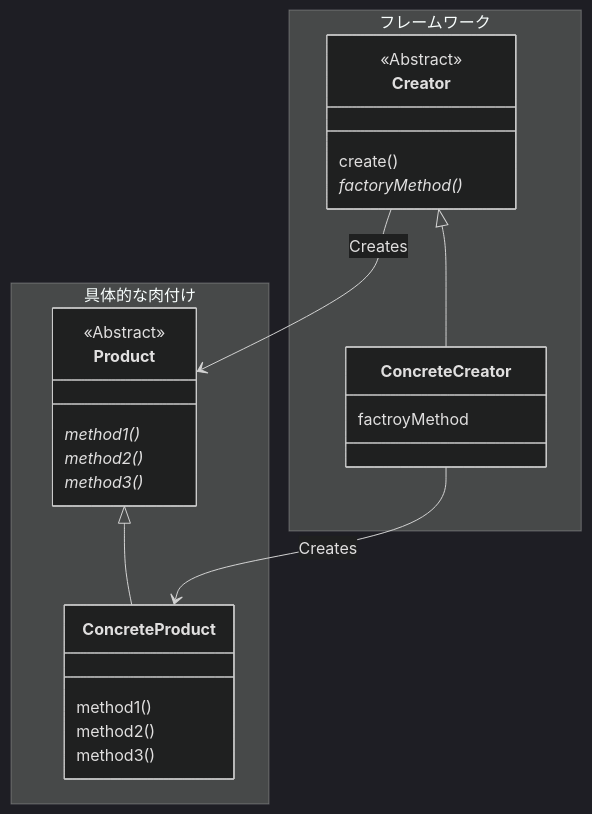
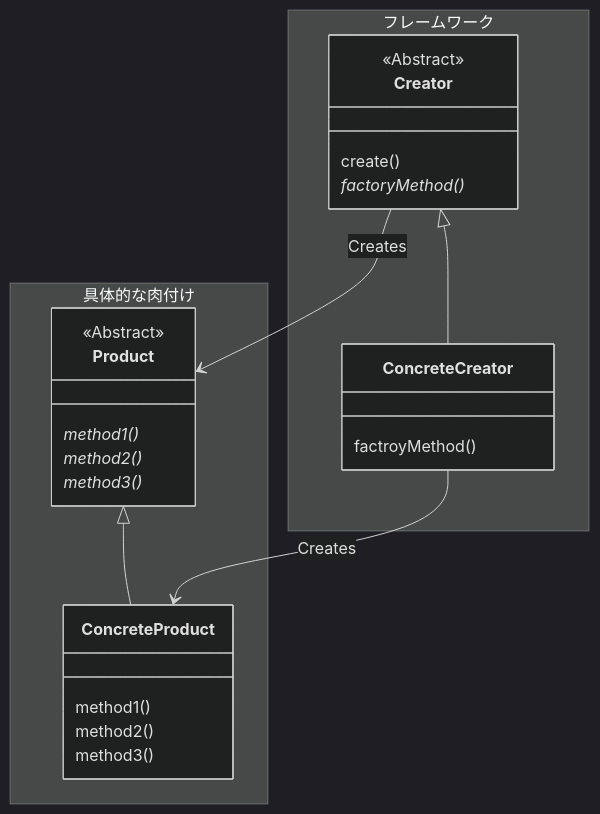
The diagram in programming/ood/design-patterns/factory-method.md (nonsugar-go/study), drawn with Mermaid (dark theme) before and after one commit.

````diff
--- a/programming/ood/design-patterns/factory-method.md
+++ b/programming/ood/design-patterns/factory-method.md
@@ -2,30 +2,30 @@
 ```mermaid
 classDiagram
     Creator <|-- ConcreteCreator
     Product <|-- ConcreteProduct
     Creator --> Product : Creates
     ConcreteCreator --> ConcreteProduct : Creates
     namespace フレームワーク {
         class Creator{
             <<Abstract>>
             create() 
             factoryMethod()*
         }
         class ConcreteCreator{
-            factroyMethod
+            factroyMethod()
         }
     }
     namespace 具体的な肉付け {
         class Product{
             <<Abstract>>
             method1()*
             method2()*
             method3()*
         }
         class ConcreteProduct{
             method1()
             method2()
             method3()
         }
     }
 ```
````
